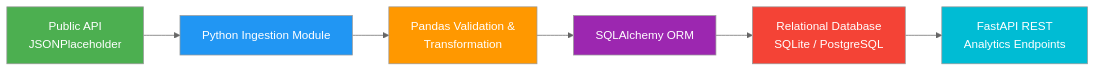
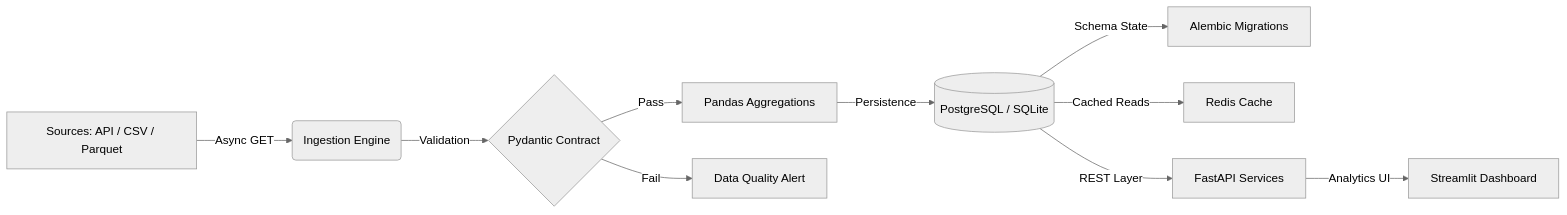
The diagram in README.md (Baqir110/real-time-pipeline), drawn with Mermaid (neutral theme) before and after one commit. The commit also changed other lines of this file, not shown here.

````diff
--- a/README.md
+++ b/README.md
@@ -66,15 +13,13 @@
 ```mermaid
 flowchart LR
-    A[Public API\nJSONPlaceholder] --> B[Python Ingestion Module]
-    B --> C[Pandas Validation &\nTransformation]
-    C --> D[SQLAlchemy ORM]
-    D --> E[Relational Database\nSQLite / PostgreSQL]
-    E --> F[FastAPI REST\nAnalytics Endpoints]
-    
-    style A fill:#4CAF50,color:#fff
-    style B fill:#2196F3,color:#fff
-    style C fill:#FF9800,color:#fff
-    style D fill:#9C27B0,color:#fff
-    style E fill:#F44336,color:#fff
-    style F fill:#00BCD4,color:#fff
+    A[Sources: API / CSV / Parquet] -->|Async GET| B(Ingestion Engine)
+    B -->|Validation| C{Pydantic Contract}
+    C -->|Pass| D[Pandas Aggregations]
+    C -->|Fail| E[Data Quality Alert]
+    D -->|Persistence| F[(PostgreSQL / SQLite)]
+    F -->|Schema State| G[Alembic Migrations]
+    F -->|Cached Reads| H[Redis Cache]
+    F -->|REST Layer| I[FastAPI Services]
+    I -->|Analytics UI| J[Streamlit Dashboard]
+
 ```
````
